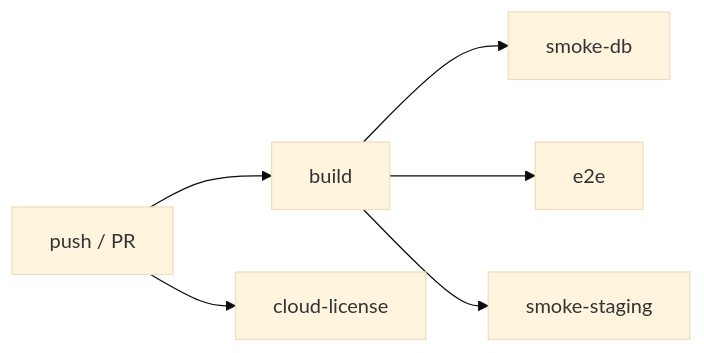
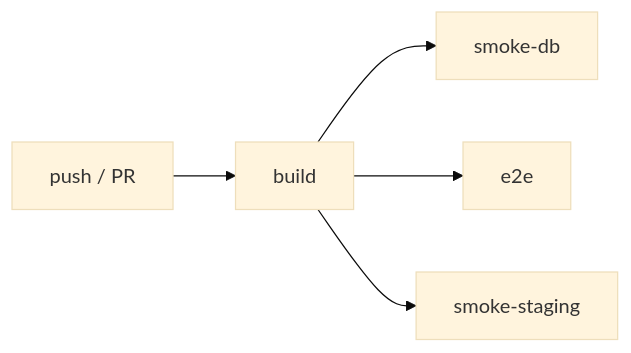
One commit to drycov/flowmaster-core changed the diagram in docs/CI.md. Above: the diagram before and after it, drawn with Mermaid (base theme). The commit also changed other lines of this file and 115 other files, not shown here.

First line of the commit message:
Refactor cloud license server integration and update documentation

````diff
--- a/docs/CI.md
+++ b/docs/CI.md
@@ -9,8 +9,7 @@
 ```mermaid
 flowchart LR
   push[push / PR] --> build
-  push --> cloud_license[cloud-license]
   build --> smoke_db[smoke-db]
   build --> e2e[e2e]
   build --> smoke_staging[smoke-staging]
 ```
````
